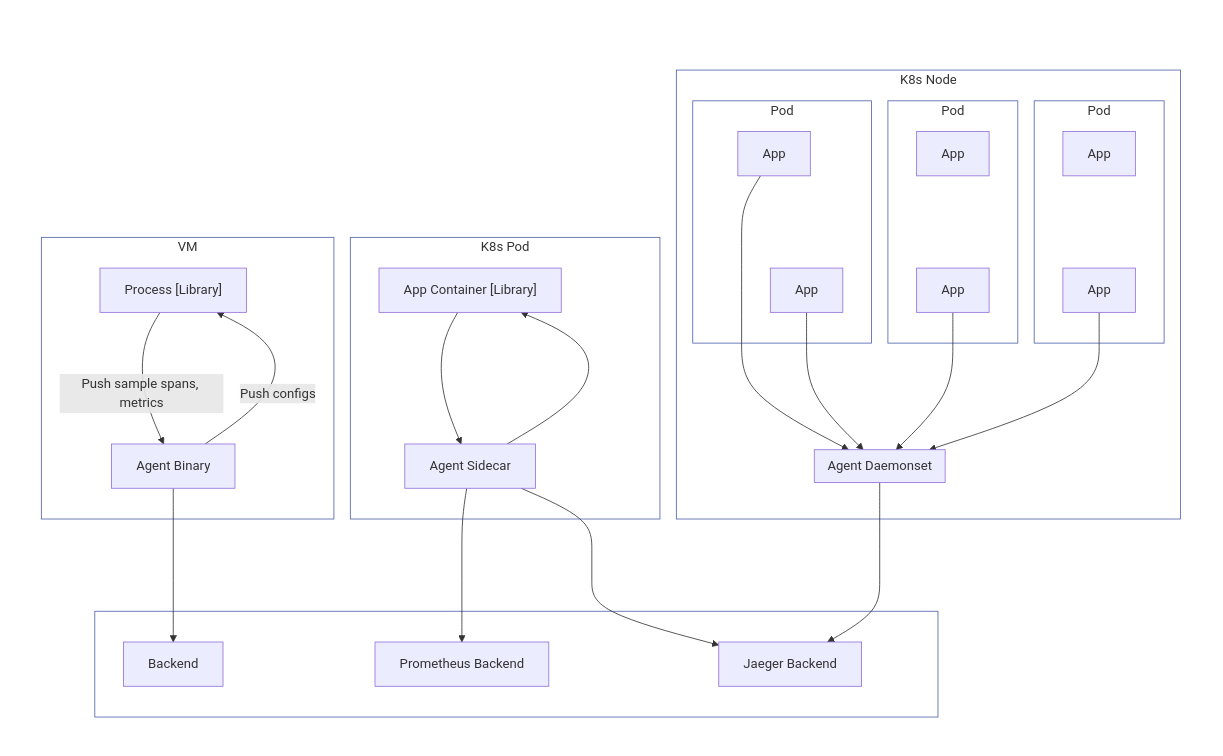
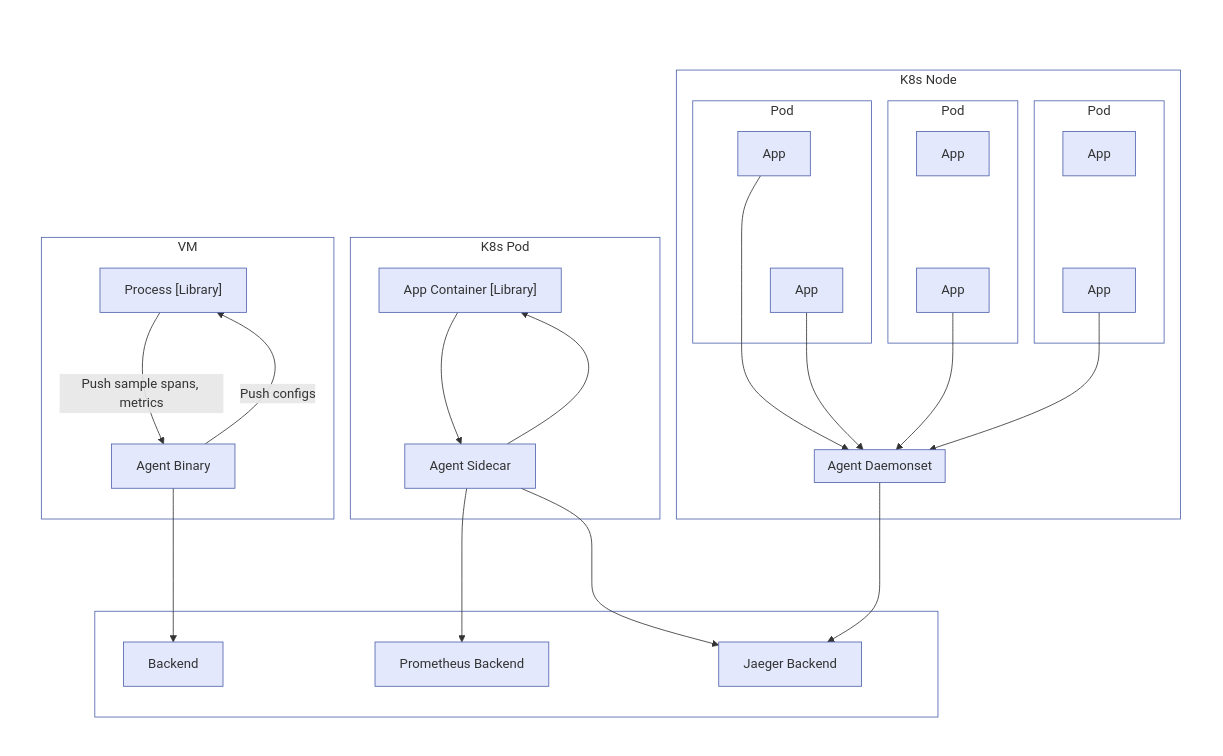
One commit to open-telemetry/opentelemetry.io changed the sixth of 6 diagrams in content/en/docs/collector/architecture.md. Above: the diagram before and after it, drawn with Mermaid.

Commit message:
Clean up and add style to Agent mermaid diagram

````diff
--- a/content/en/docs/collector/architecture.md
+++ b/content/en/docs/collector/architecture.md
@@ -310,45 +310,47 @@
 ```mermaid
 flowchart LR
-    subgraph TOP ["#nbsp;"]
-        subgraph Next ["#nbsp;"]
+    subgraph S1 ["#nbsp;"]
+        subgraph S2 ["#nbsp;"]
         end
-        subgraph Middle ["#nbsp;"]
+        subgraph S3 ["#nbsp;"]
         subgraph VM [VM]
             PR["Process [Library]"] -->|Push sample spans, metrics| AB[Agent Binary]
             AB -->|Push configs| PR
         end
         subgraph K8s-pod [K8s Pod]
             AC["`App Container [Library]`"] --> AS[Agent Sidecar]
             AS --> AC
         end
         subgraph K8s-node [K8s Node]
             subgraph Pod1 [Pod]
                 APP1[App] ~~~ APP2[App]
             end
             subgraph Pod2 [Pod]
                 APP3[App] ~~~ APP4[App]
             end
             subgraph Pod3 [Pod]
                 APP5[App] ~~~ APP6[App]
             end
             subgraph AD [Agent Daemonset]
             end
             APP1 --> AD
             APP2 --> AD
             APP4 --> AD
             APP6 --> AD
         end
         end
         subgraph Backends ["#nbsp;"]
             AB --> BE[Backend]
-            AS --> PRO[Prometheus Backend]
+            AS --> PRM[Prometheus Backend]
             AS --> JA[Jaeger Backend]
             AD --> JA
         end
     end
 
-class TOP,Next,Middle noLines;
+class S1,S2,S3 noLines;
 class VM,K8s-pod,K8s-node,Pod1,Pod2,Pod3,Backends withLines;
+class PR,AB,AC,AS,APP1,APP2,APP3,APP4,APP5,APP6,AD,BE,PRM,JA nodeStyle
 classDef noLines fill:#fff,stroke:#fff,stroke-width:4px;
 classDef withLines fill:#fff,stroke:#4f62ad
+classDef nodeStyle fill:#e3e8fc,stroke:#4f62ad;
 ```
````
